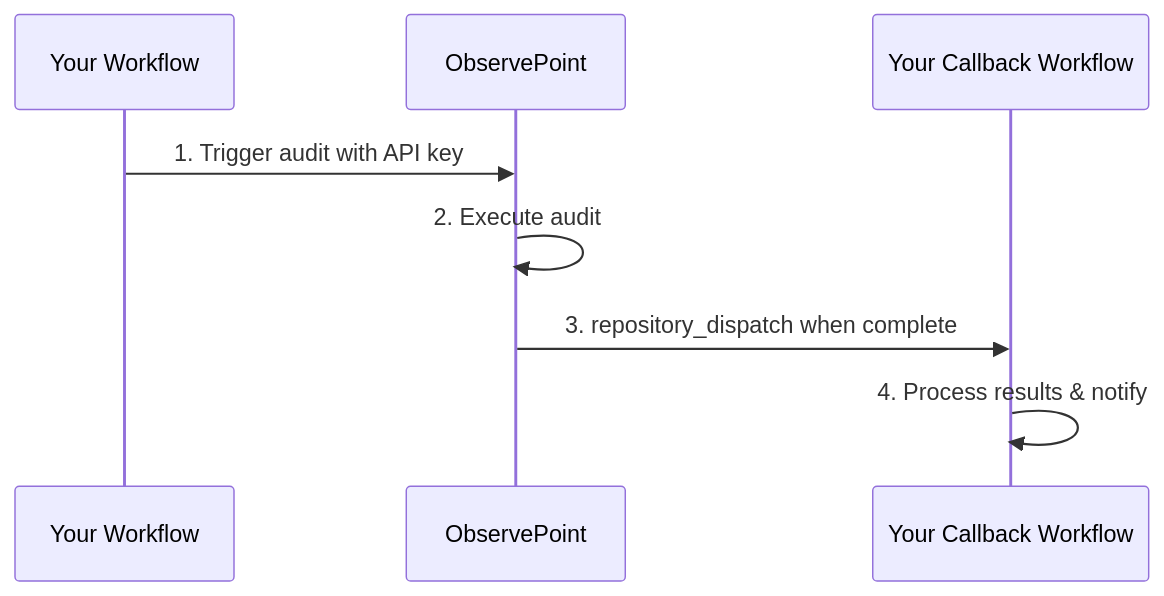
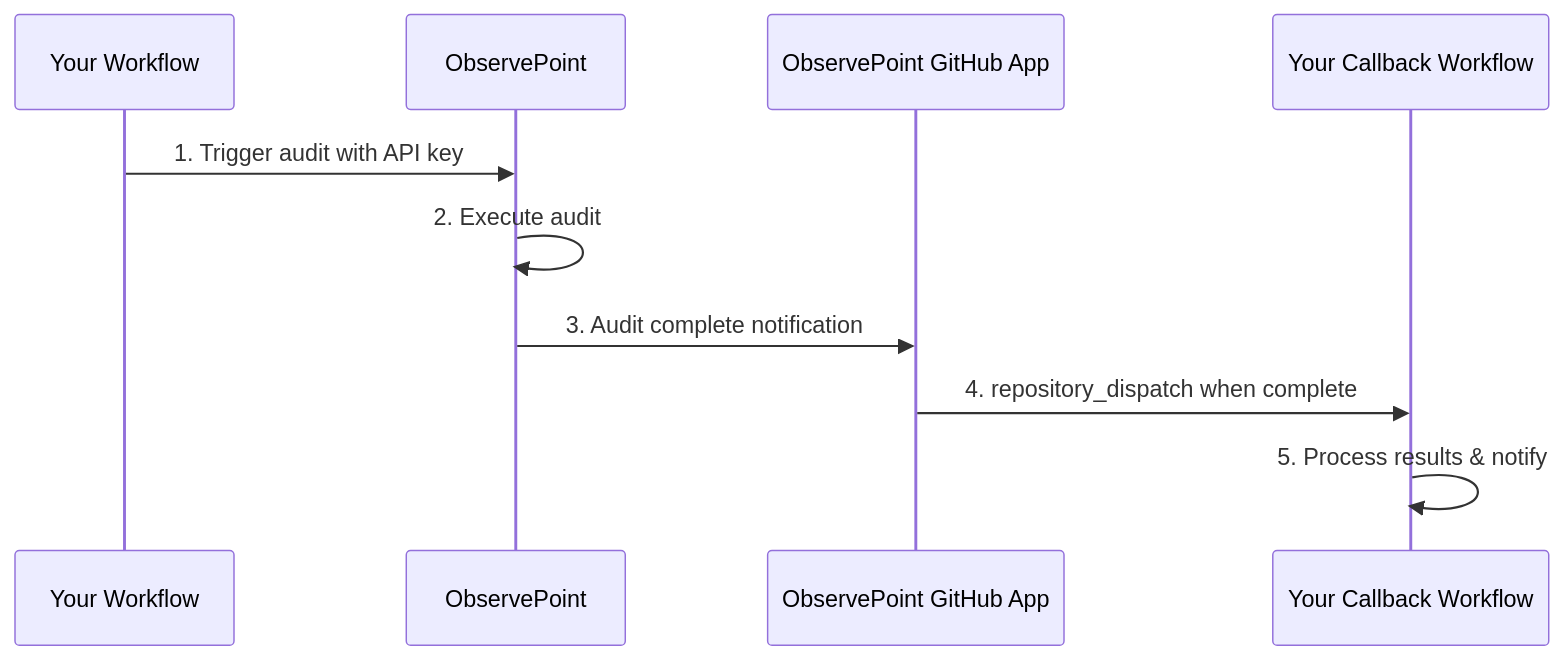
One commit to observepoint/github-actions-integration changed the diagram in README.md. Above: the diagram before and after it, drawn with Mermaid. The commit also changed other lines of this file, not shown here.

````diff
--- a/README.md
+++ b/README.md
@@ -15,11 +15,13 @@
 ```mermaid
 sequenceDiagram
     participant GH as Your Workflow
     participant OP as ObservePoint
+    participant OPGH as ObservePoint GitHub App
     participant CB as Your Callback Workflow
-    
+
     GH->>OP: 1. Trigger audit with API key
     OP->>OP: 2. Execute audit
-    OP->>CB: 3. repository_dispatch when complete
-    CB->>CB: 4. Process results & notify
+    OP->>OPGH: 3. Audit complete notification
+    OPGH->>CB: 4. repository_dispatch when complete
+    CB->>CB: 5. Process results & notify
 ```
````
